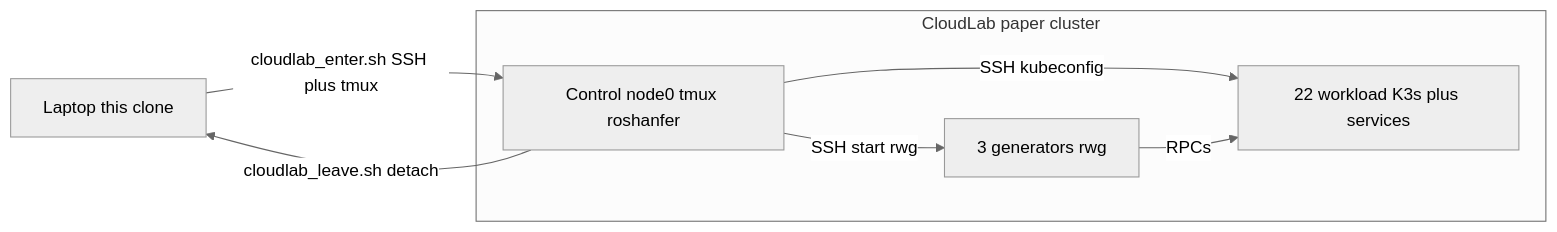
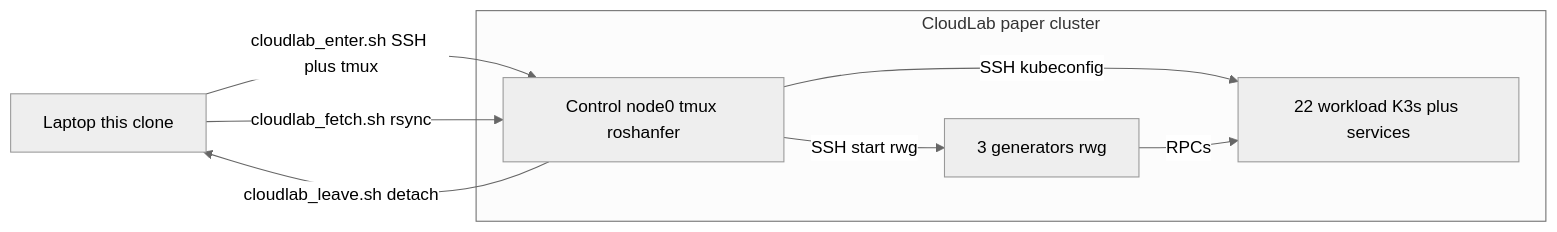
One commit to roshanfer-project/roshanfer-experiments changed the diagram in README.md. Above: the diagram before and after it, drawn with Mermaid (neutral theme). The commit also changed other lines of this file and 1 other file, not shown here.

Commit message:
add rsync script

````diff
--- a/README.md
+++ b/README.md
@@ -87,14 +88,15 @@
 ```mermaid
 flowchart LR
   Laptop["Laptop this clone"]
   subgraph cloudlab [CloudLab paper cluster]
     Control["Control node0 tmux roshanfer"]
     Gens["3 generators rwg"]
     Work["22 workload K3s plus services"]
   end
   Laptop -->|"cloudlab_enter.sh SSH plus tmux"| Control
   Control -->|"cloudlab_leave.sh detach"| Laptop
+  Laptop -->|"cloudlab_fetch.sh rsync"| Control
   Control -->|"SSH kubeconfig"| Work
   Control -->|"SSH start rwg"| Gens
   Gens -->|"RPCs"| Work
 ```
````
